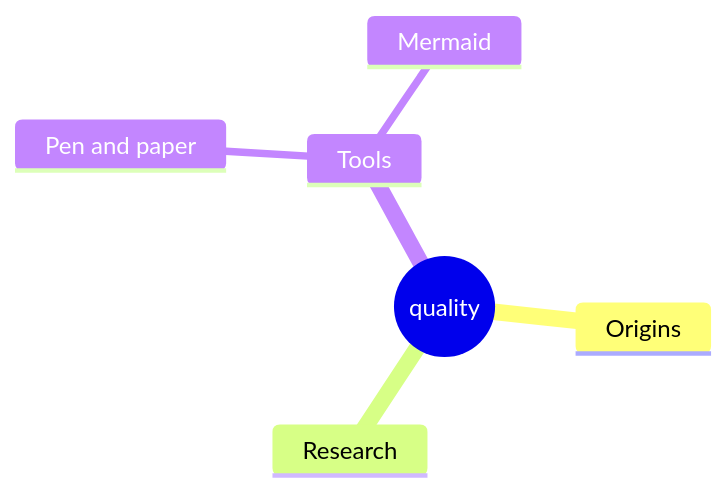
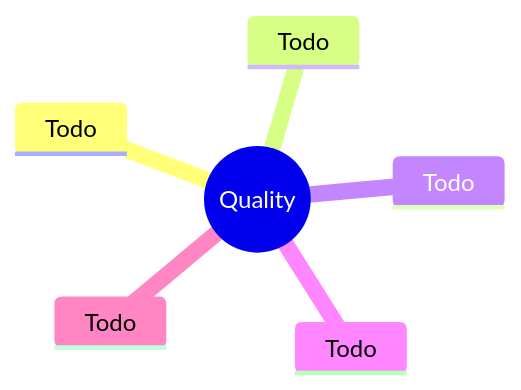
Before and after one commit to una-auxme/arlab: the fifth of 6 diagrams in doc/10. Quality Requirements.md, drawn with Mermaid. The commit also changed other lines of this file, not shown here.

Commit message:
Updated '10. Quality Requirements.md'. Added trees and populated CV, Perception. Reformatted File for further work.

````diff
--- a/doc/10. Quality Requirements.md
+++ b/doc/10. Quality Requirements.md
@@ -14,9 +161,9 @@
 ```mermaid
-mindmap
-  root((quality))
-    Origins
-    Research
-    Tools
-      Pen and paper
-      Mermaid
+    mindmap
+    root((Quality ))
+      Todo
+      Todo
+      Todo
+      Todo
+      Todo
 ```
````
